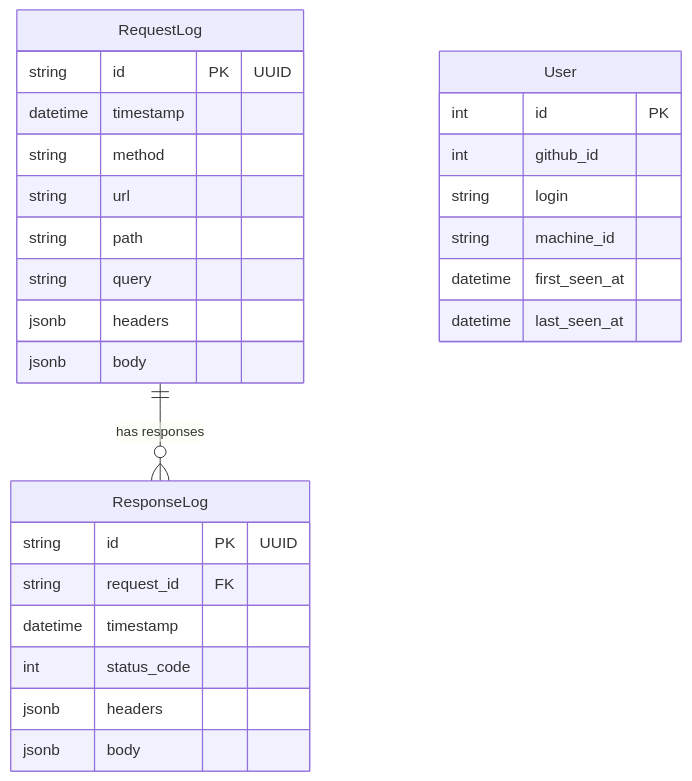
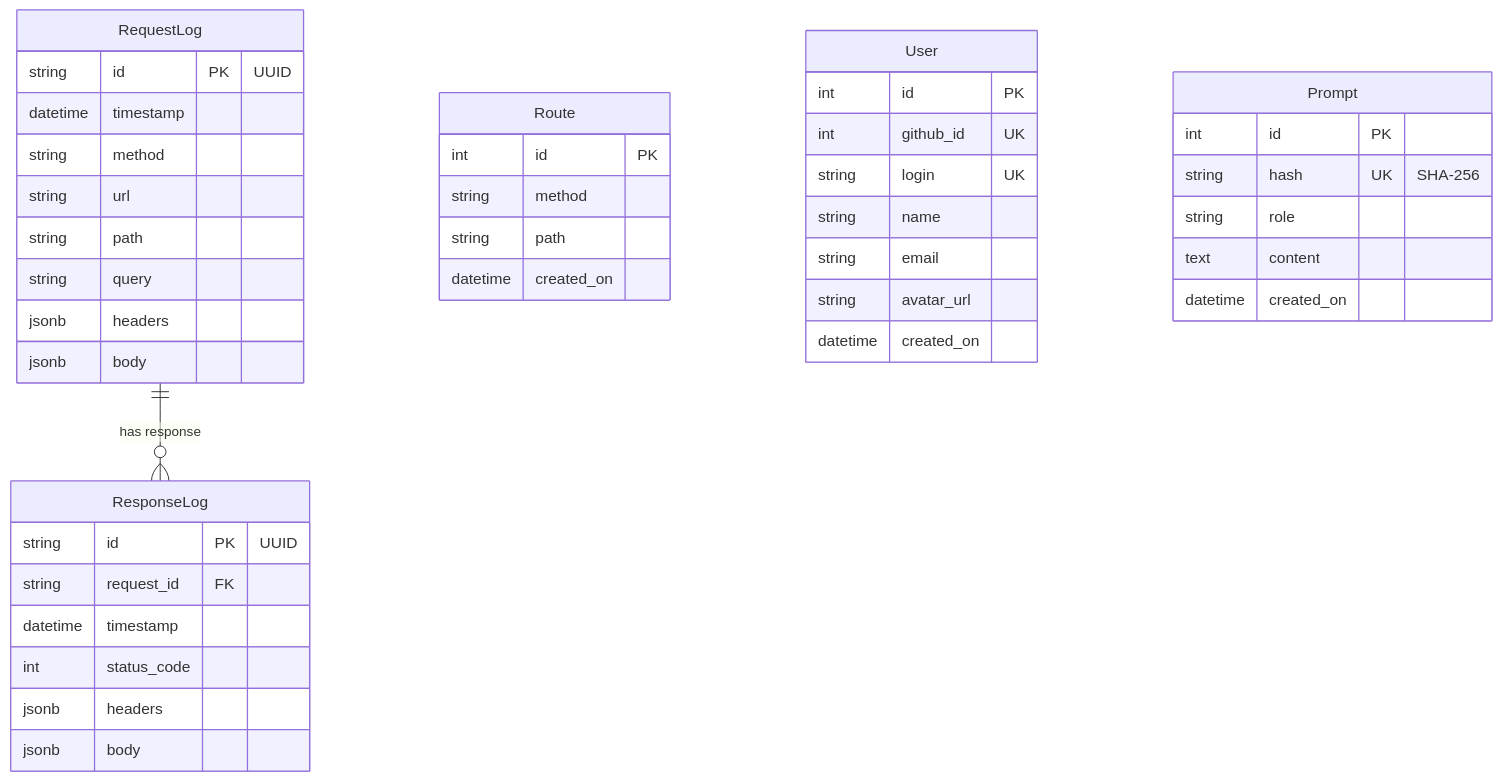
The first of 2 diagrams in docs/database.md (bitspire-team/bitspire-learn), drawn with Mermaid before and after one commit. The commit also changed other lines of this file and 10 other files, not shown here.

````diff
--- a/docs/database.md
+++ b/docs/database.md
@@ -13,30 +13,44 @@
 ```mermaid
 erDiagram
     RequestLog {
         string id PK "UUID"
         datetime timestamp
         string method
         string url
         string path
         string query
         jsonb headers
         jsonb body
     }
     ResponseLog {
         string id PK "UUID"
         string request_id FK
         datetime timestamp
         int status_code
         jsonb headers
         jsonb body
     }
+    Route {
+        int id PK
+        string method
+        string path
+        datetime created_on
+    }
     User {
         int id PK
-        int github_id
-        string login
-        string machine_id
-        datetime first_seen_at
-        datetime last_seen_at
+        int github_id UK
+        string login UK
+        string name
+        string email
+        string avatar_url
+        datetime created_on
     }
-    RequestLog ||--o{ ResponseLog : "has responses"
+    Prompt {
+        int id PK
+        string hash UK "SHA-256"
+        string role
+        text content
+        datetime created_on
+    }
+    RequestLog ||--o{ ResponseLog : "has response"
 ```
````
